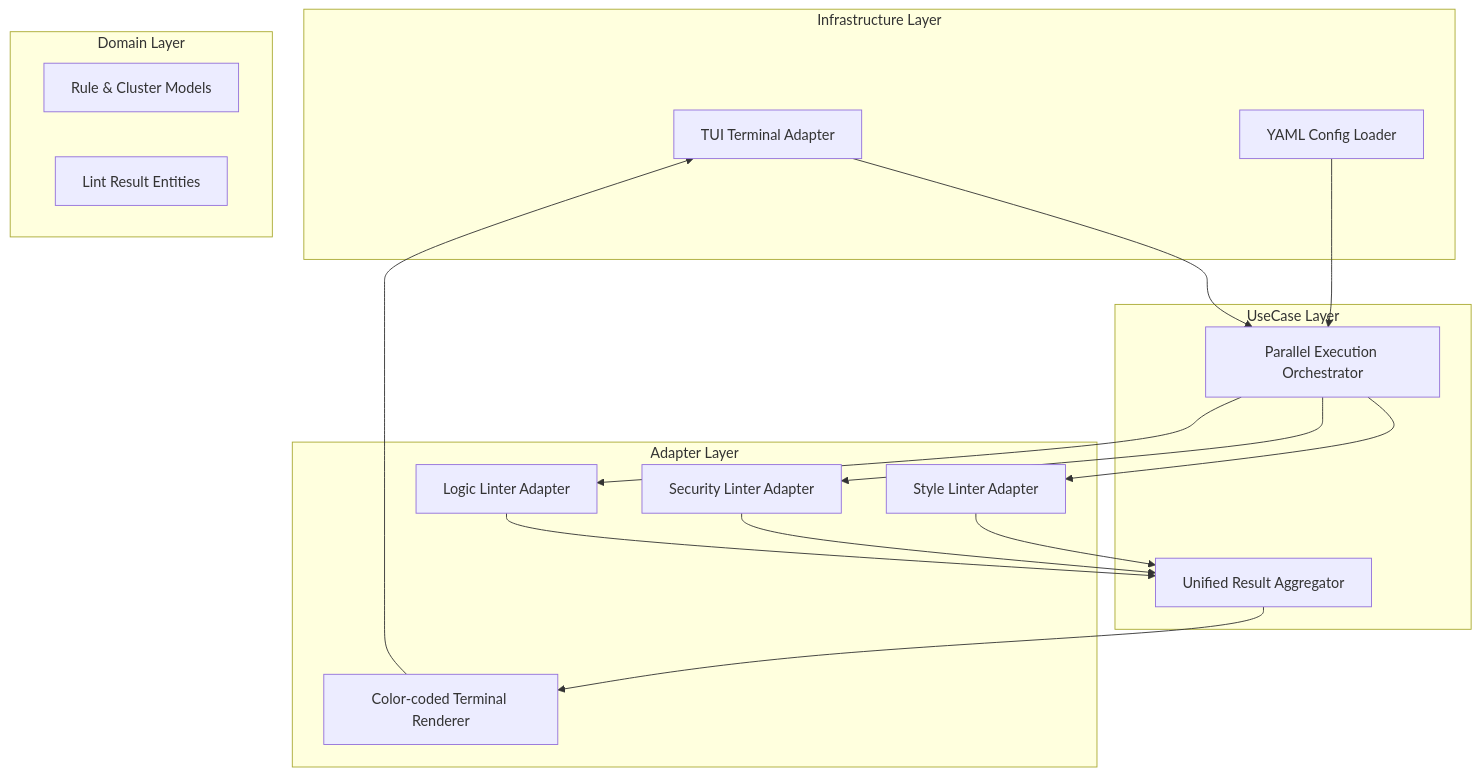
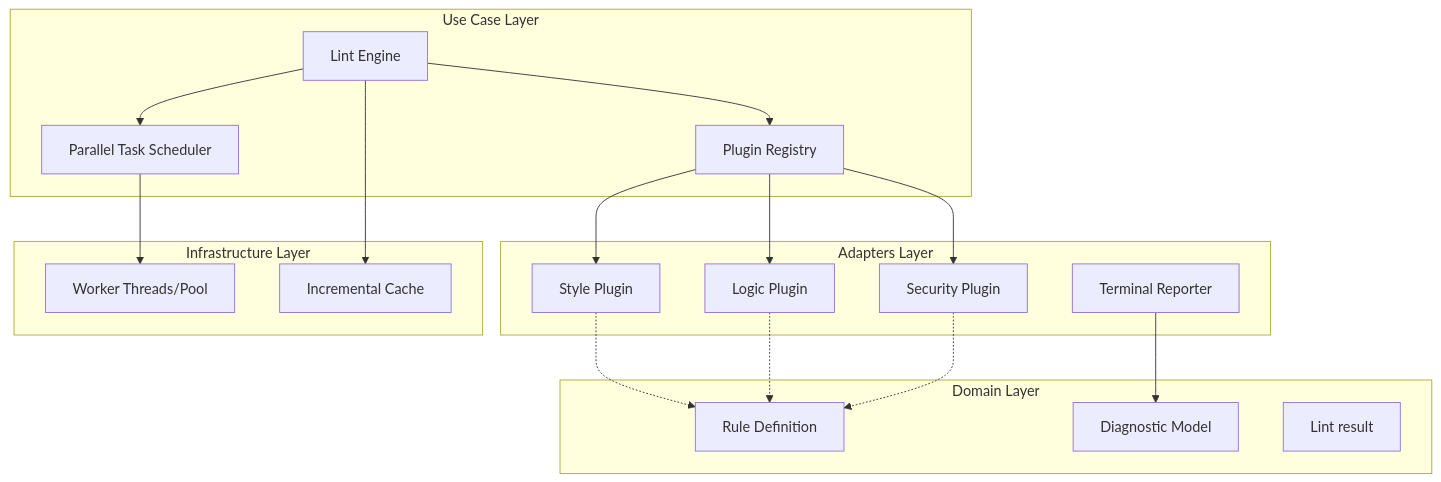
Before and after one commit to davidlapsleyio/shipkode-python-linting-cli-utility: the diagram in specs/F0b-modular-linting-plugin-architecture-d3efd534/design.md, drawn with Mermaid. The commit also changed other lines of this file and 21 other files, not shown here.

````diff
--- a/specs/F0b-modular-linting-plugin-architecture-d3efd534/design.md
+++ b/specs/F0b-modular-linting-plugin-architecture-d3efd534/design.md
@@ -25,33 +23,36 @@
 ```mermaid
 graph TD
-    subgraph "Infrastructure Layer"
-        CLI[TUI Terminal Adapter]
-        Config[YAML Config Loader]
+    subgraph domain [Domain Layer]
+        Rule[Rule Definition]
+        Diag[Diagnostic Model]
+        Result[Lint result]
     end
 
-    subgraph "Adapter Layer"
-        StylePlugin[Style Linter Adapter]
-        SecurityPlugin[Security Linter Adapter]
-        LogicPlugin[Logic Linter Adapter]
-        TUI[Color-coded Terminal Renderer]
+    subgraph usecases [Use Case Layer]
+        Engine[Lint Engine]
+        Registry[Plugin Registry]
+        Scheduler[Parallel Task Scheduler]
     end
 
-    subgraph "UseCase Layer"
-        Orchestrator[Parallel Execution Orchestrator]
-        Aggregator[Unified Result Aggregator]
+    subgraph adapters [Adapters Layer]
+        StylePlugin[Style Plugin]
+        LogicPlugin[Logic Plugin]
+        SecPlugin[Security Plugin]
+        Reporter[Terminal Reporter]
     end
 
-    subgraph "Domain Layer"
-        RuleModels[Rule & Cluster Models]
-        LintResult[Lint Result Entities]
+    subgraph infrastructure [Infrastructure Layer]
+        WorkerPool[Worker Threads/Pool]
+        Cache[Incremental Cache]
     end
 
-    CLI --> Orchestrator
-    Config --> Orchestrator
-    Orchestrator --> StylePlugin
-    Orchestrator --> SecurityPlugin
-    Orchestrator --> LogicPlugin
-    StylePlugin & SecurityPlugin & LogicPlugin --> Aggregator
-    Aggregator --> TUI
-    TUI --> CLI
+    Engine --> Registry
+    Engine --> Scheduler
+    Scheduler --> WorkerPool
+    Registry --> StylePlugin
+    Registry --> LogicPlugin
+    Registry --> SecPlugin
+    StylePlugin & LogicPlugin & SecPlugin -.-> Rule
+    Reporter --> Diag
+    Engine --> Cache
 ```
````
